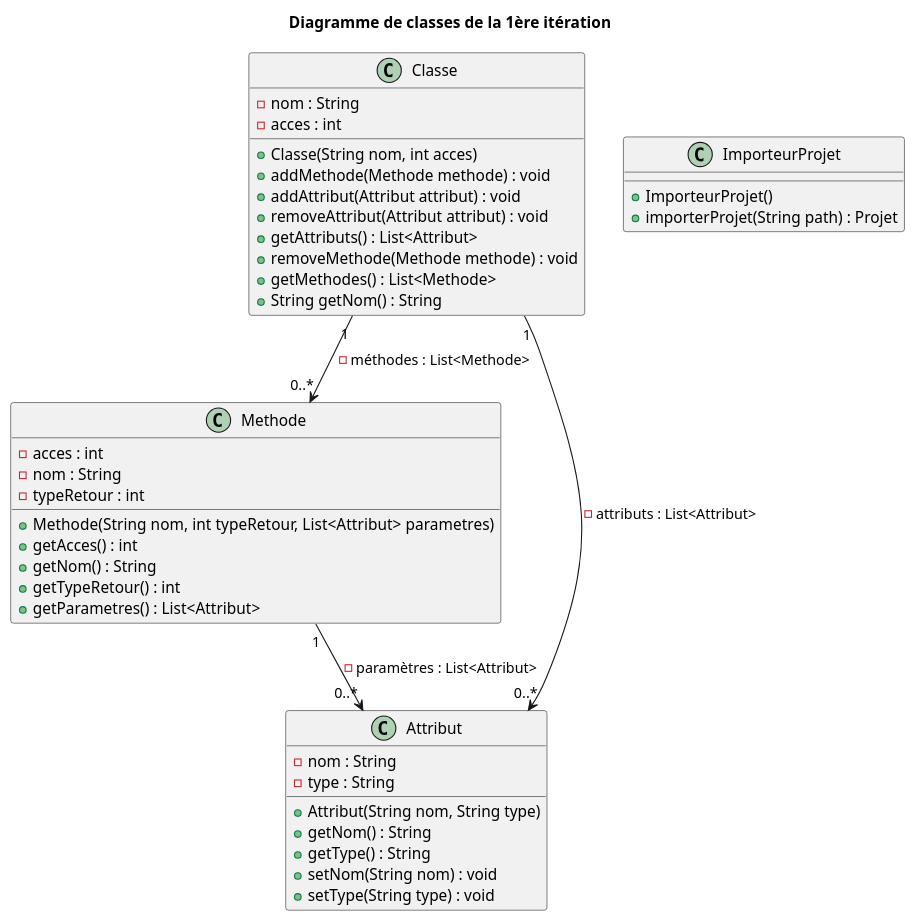
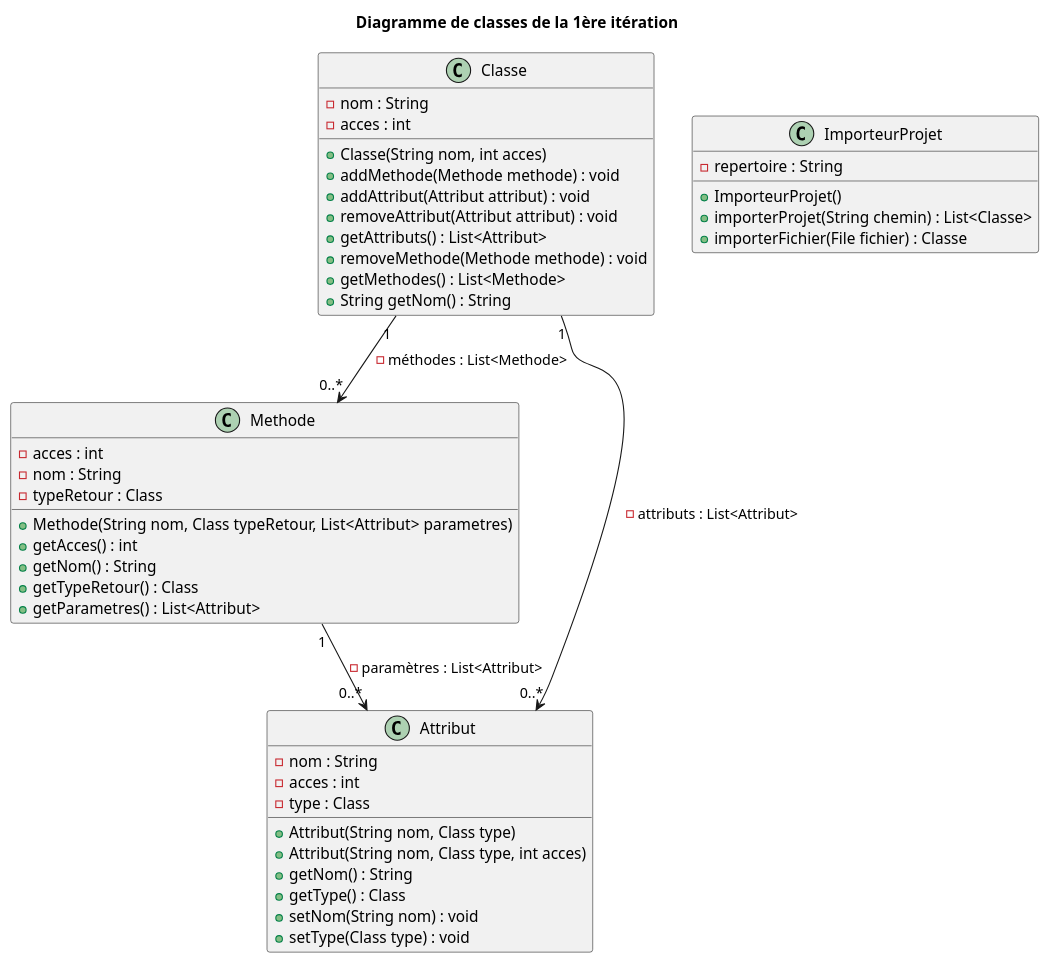
The diagram in documents/Iteration1/DiagClasse1.puml (BaptisteHeq/SAE-3.01-Groupe-4), drawn with PlantUML before and after one commit. The commit also changed 2 other files, not shown here.

Commit message:
Main avec boutons qui marchent + Diag classe qui trainait

```diff
--- a/documents/Iteration1/DiagClasse1.puml
+++ b/documents/Iteration1/DiagClasse1.puml
@@ -1,47 +1,51 @@
 @startuml
 title Diagramme de classes de la 1ère itération
 
 class Classe{
     - nom : String
     - acces : int
     + Classe(String nom, int acces)
     + addMethode(Methode methode) : void
     + addAttribut(Attribut attribut) : void
     + removeAttribut(Attribut attribut) : void
     + getAttributs() : List<Attribut>
     + removeMethode(Methode methode) : void
     + getMethodes() : List<Methode>
     + String getNom() : String
 }
 
 class Methode{
     - acces : int
     - nom : String
-    - typeRetour : int
-    + Methode(String nom, int typeRetour, List<Attribut> parametres)
+    - typeRetour : Class
+    + Methode(String nom, Class typeRetour, List<Attribut> parametres)
     + getAcces() : int
     + getNom() : String
-    + getTypeRetour() : int
+    + getTypeRetour() : Class
     + getParametres() : List<Attribut>
 }
 
 class Attribut{
     - nom : String
-    - type : String
-    + Attribut(String nom, String type)
+    - acces : int
+    - type : Class
+    + Attribut(String nom, Class type)
+    + Attribut(String nom, Class type, int acces)
     + getNom() : String
-    + getType() : String
+    + getType() : Class
     + setNom(String nom) : void
-    + setType(String type) : void
+    + setType(Class type) : void
 }
 
 class ImporteurProjet{
+    - repertoire : String
     + ImporteurProjet()
-    + importerProjet(String path) : Projet
+    + importerProjet(String chemin) : List<Classe>
+    + importerFichier(File fichier) : Classe
 }
 
 Classe "1"--> "0..*"Methode : - méthodes : List<Methode>
 Classe "1"--> "0..*"Attribut : - attributs : List<Attribut>
 
 Methode "1"--> "0..*"Attribut : - paramètres : List<Attribut>
 @enduml
```
